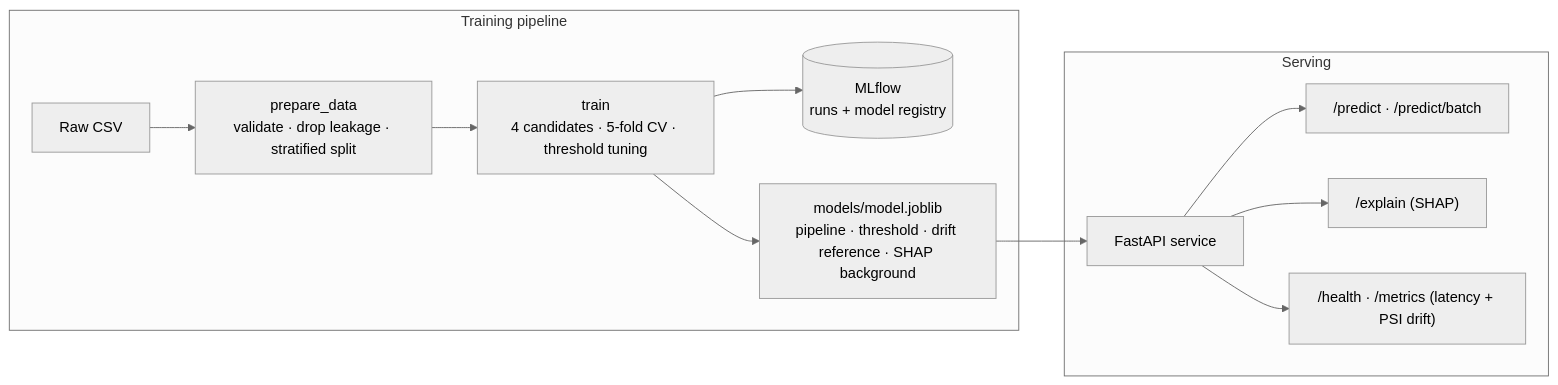
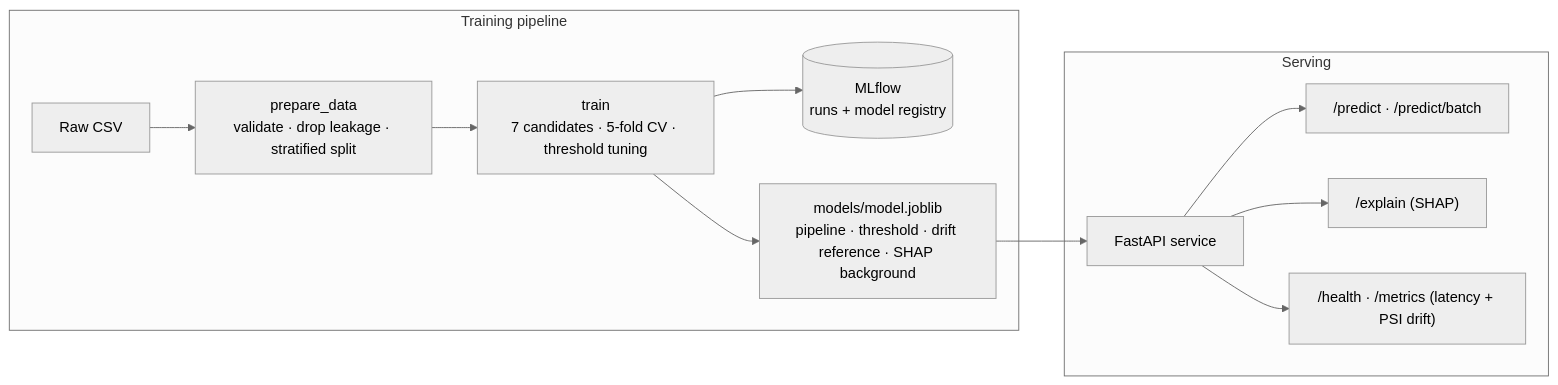
One commit to gehna88/MLOps_ChurnAI- changed the diagram in README.md. Above: the diagram before and after it, drawn with Mermaid (neutral theme). The commit also changed other lines of this file and 32 other files, not shown here.

````diff
--- a/README.md
+++ b/README.md
@@ -162,15 +319,15 @@
 ```mermaid
 flowchart LR
     subgraph Training pipeline
         A[Raw CSV] --> B[prepare_data<br/>validate · drop leakage · stratified split]
-        B --> C[train<br/>4 candidates · 5-fold CV · threshold tuning]
+        B --> C[train<br/>7 candidates · 5-fold CV · threshold tuning]
         C --> D[(MLflow<br/>runs + model registry)]
         C --> E[models/model.joblib<br/>pipeline · threshold · drift reference · SHAP background]
     end
     subgraph Serving
         E --> F[FastAPI service]
         F --> G["/predict · /predict/batch"]
         F --> H["/explain (SHAP)"]
         F --> I["/health · /metrics (latency + PSI drift)"]
     end
 ```
````
